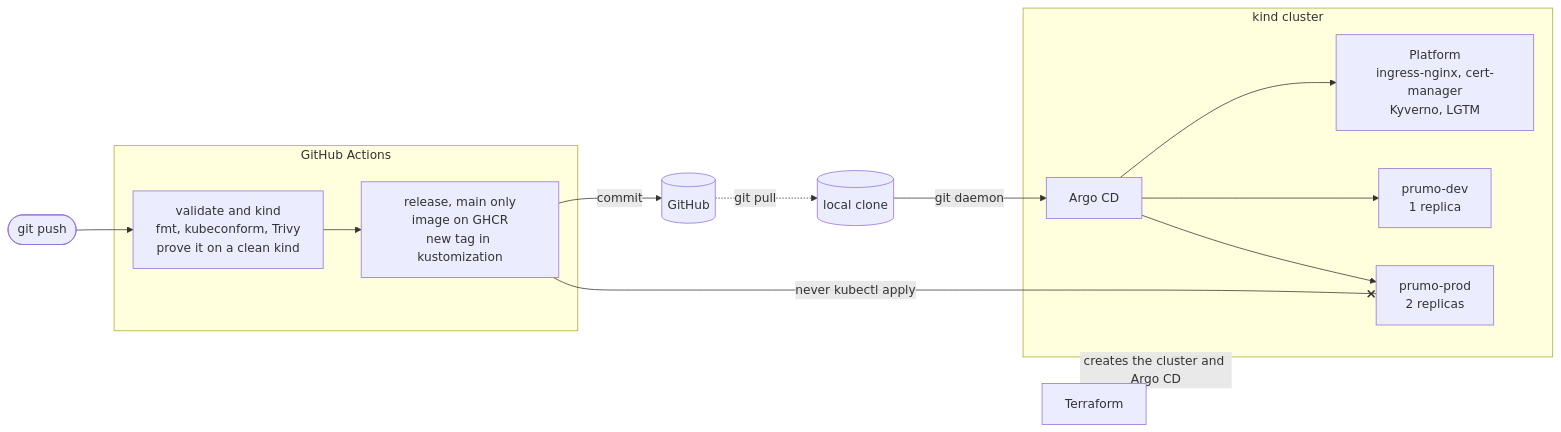
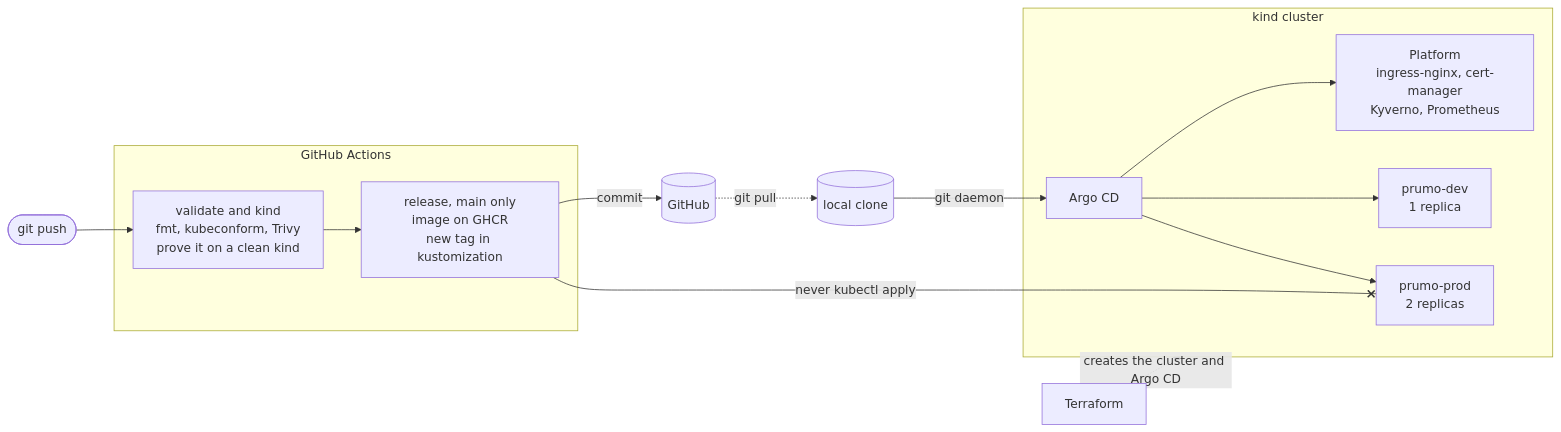
Before and after one commit to WhiteArct1c/prumo: the diagram in README.md, drawn with Mermaid. The commit also changed other lines of this file and 10 other files, not shown here.

````diff
--- a/README.md
+++ b/README.md
@@ -14,28 +14,28 @@
 ```mermaid
 flowchart LR
   push([git push]) --> ci
 
   subgraph gha["GitHub Actions"]
     ci["validate and kind<br/>fmt, kubeconform, Trivy<br/>prove it on a clean kind"]
     rel["release, main only<br/>image on GHCR<br/>new tag in kustomization"]
     ci --> rel
   end
 
   rel -- commit --> gh[("GitHub")]
   gh -. git pull .-> git[("local clone")]
   rel --x|never kubectl apply| prod
 
   subgraph kind["kind cluster"]
     argo["Argo CD"]
-    plat["Platform<br/>ingress-nginx, cert-manager<br/>Kyverno, LGTM"]
+    plat["Platform<br/>ingress-nginx, cert-manager<br/>Kyverno, Prometheus"]
     dev["prumo-dev<br/>1 replica"]
     prod["prumo-prod<br/>2 replicas"]
   end
 
   tf["Terraform"] -. creates the cluster and Argo CD .-> kind
 
   git -- git daemon --> argo
   argo --> plat
   argo --> dev
   argo --> prod
 ```
````
